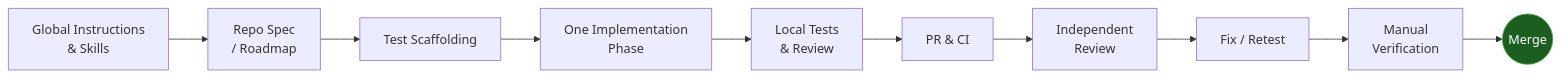
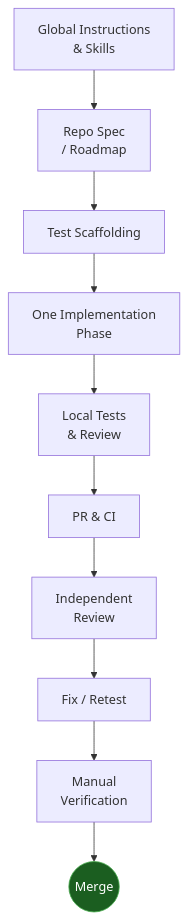
Before and after one commit to sdelrio/golden-forest: the diagram in docs/Develop-Code/AI-Development/Workflows/chris-titus-ai-workflow.md, drawn with Mermaid. The commit also changed other lines of this file, not shown here.

````diff
--- a/docs/Develop-Code/AI-Development/Workflows/chris-titus-ai-workflow.md
+++ b/docs/Develop-Code/AI-Development/Workflows/chris-titus-ai-workflow.md
@@ -74,14 +74,14 @@
 ```mermaid
-flowchart LR
+flowchart TD
     GI["Global Instructions<br/>& Skills"] --> RS["Repo Spec<br/>/ Roadmap"]
     RS --> TH["Test Scaffolding"]
     TH --> IP["One Implementation<br/>Phase"]
     IP --> LT["Local Tests<br/>& Review"]
     LT --> PR["PR & CI"]
     PR --> IR["Independent<br/>Review"]
     IR --> FR["Fix / Retest"]
     FR --> MV["Manual<br/>Verification"]
     MV --> MG(("Merge"))
 
     style MG fill:#1b5e20,stroke:#4caf50,color:#fff
 ```
````
